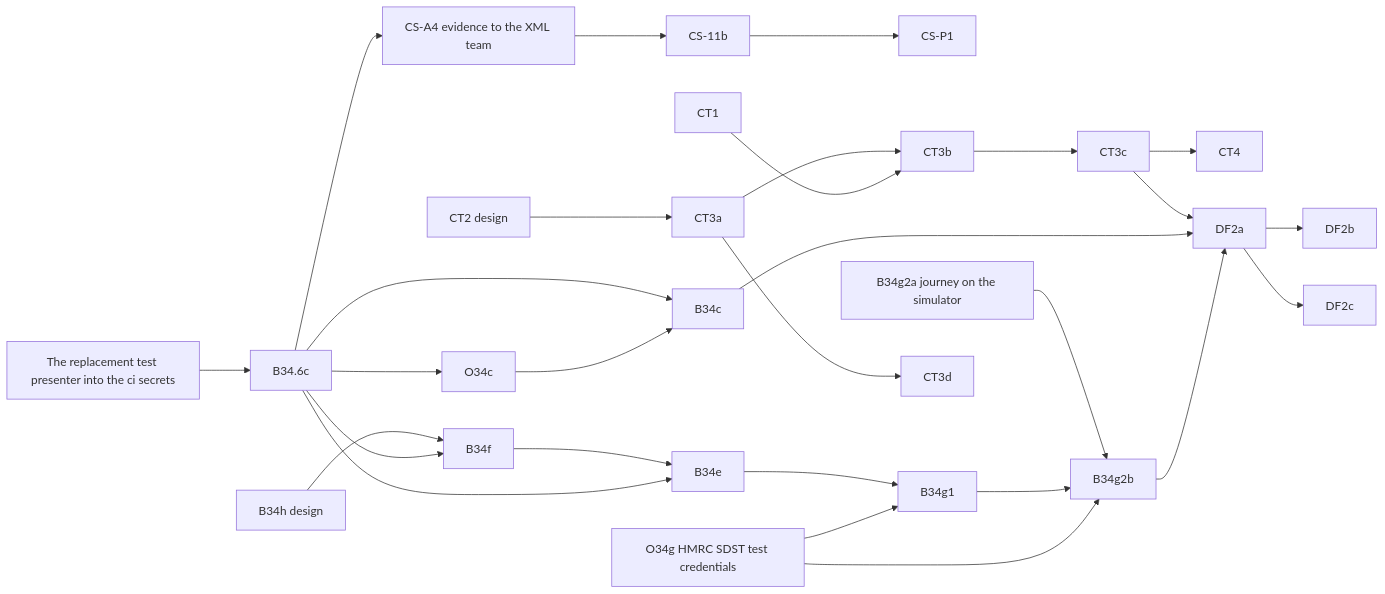
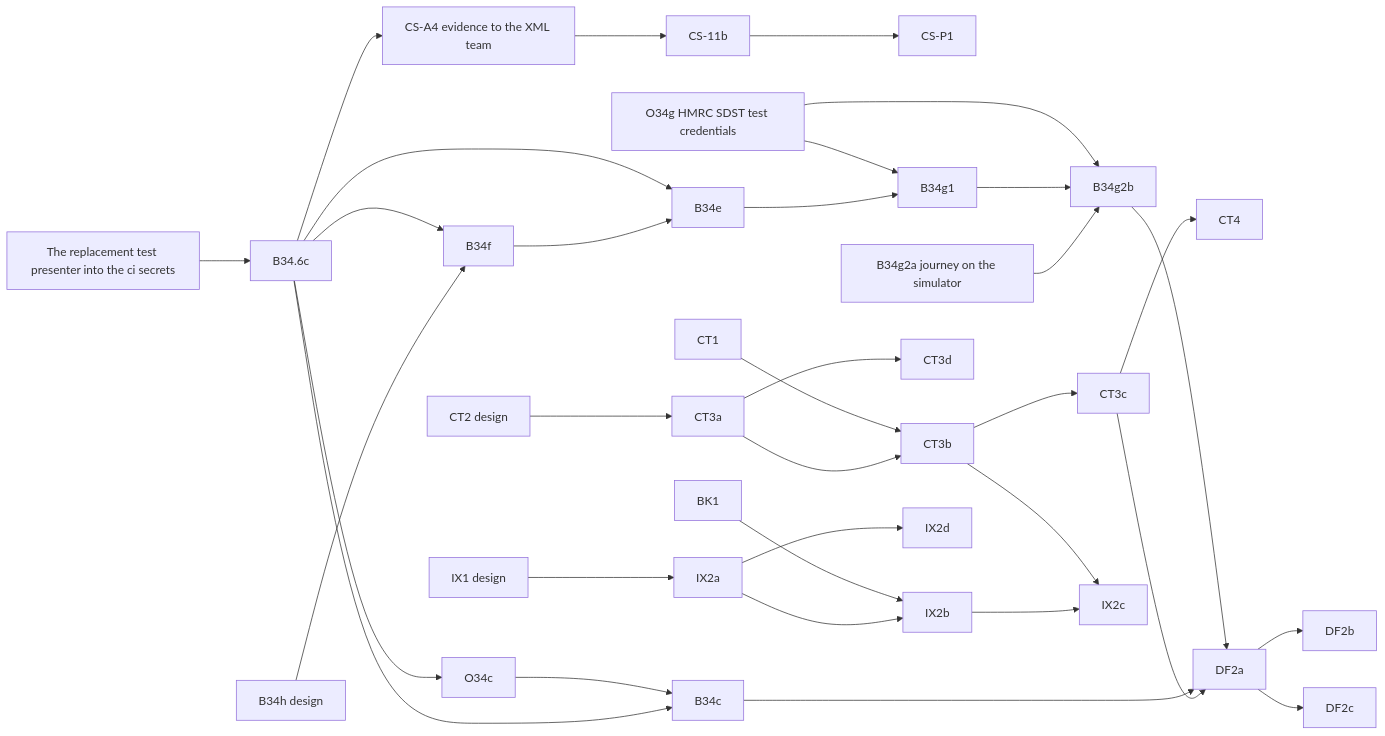
The diagram in PLAN_COMPANIES_HOUSE.md (diy-accounting-uk/submit.diyaccounting.co.uk), drawn with Mermaid before and after one commit. The commit also changed other lines of this file, not shown here.

First line of the commit message:
IX1: design of iXBRL accounts as a diya-gl import

````diff
--- a/PLAN_COMPANIES_HOUSE.md
+++ b/PLAN_COMPANIES_HOUSE.md
@@ -63,30 +63,36 @@
 ```mermaid
 flowchart LR
     SEC[The replacement test presenter into the ci secrets] --> B346c[B34.6c]
     B346c --> O34c
     B346c --> B34c
     O34c --> B34c
     B346c --> CSA4[CS-A4 evidence to the XML team]
     CSA4 --> CS11b[CS-11b]
     CS11b --> CSP1[CS-P1]
     B34h[B34h design] --> B34f
     B34f --> B34e
     B34e --> B34g1
     B34g2a[B34g2a journey on the simulator] --> B34g2b
     B34g1 --> B34g2b
     O34g[O34g HMRC SDST test credentials] --> B34g1
     O34g --> B34g2b
     B346c --> B34f
     B346c --> B34e
     CT2[CT2 design] --> CT3a
     CT3a --> CT3b
     CT1 --> CT3b
     CT3b --> CT3c
     CT3c --> CT4
     CT3a --> CT3d
     CT3c --> DF2a
     B34c --> DF2a
     B34g2b --> DF2a
     DF2a --> DF2b
     DF2a --> DF2c
+    IX1[IX1 design] --> IX2a
+    IX2a --> IX2b
+    BK1 --> IX2b
+    IX2b --> IX2c
+    CT3b --> IX2c
+    IX2a --> IX2d
 ```
````
